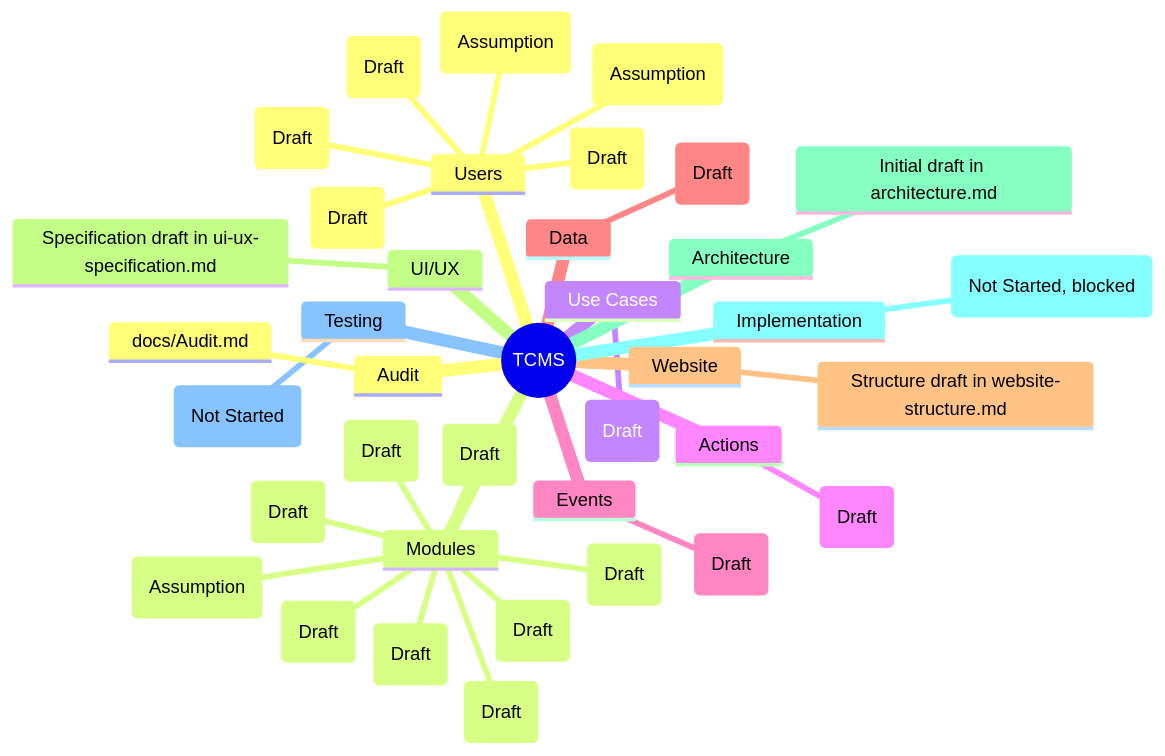
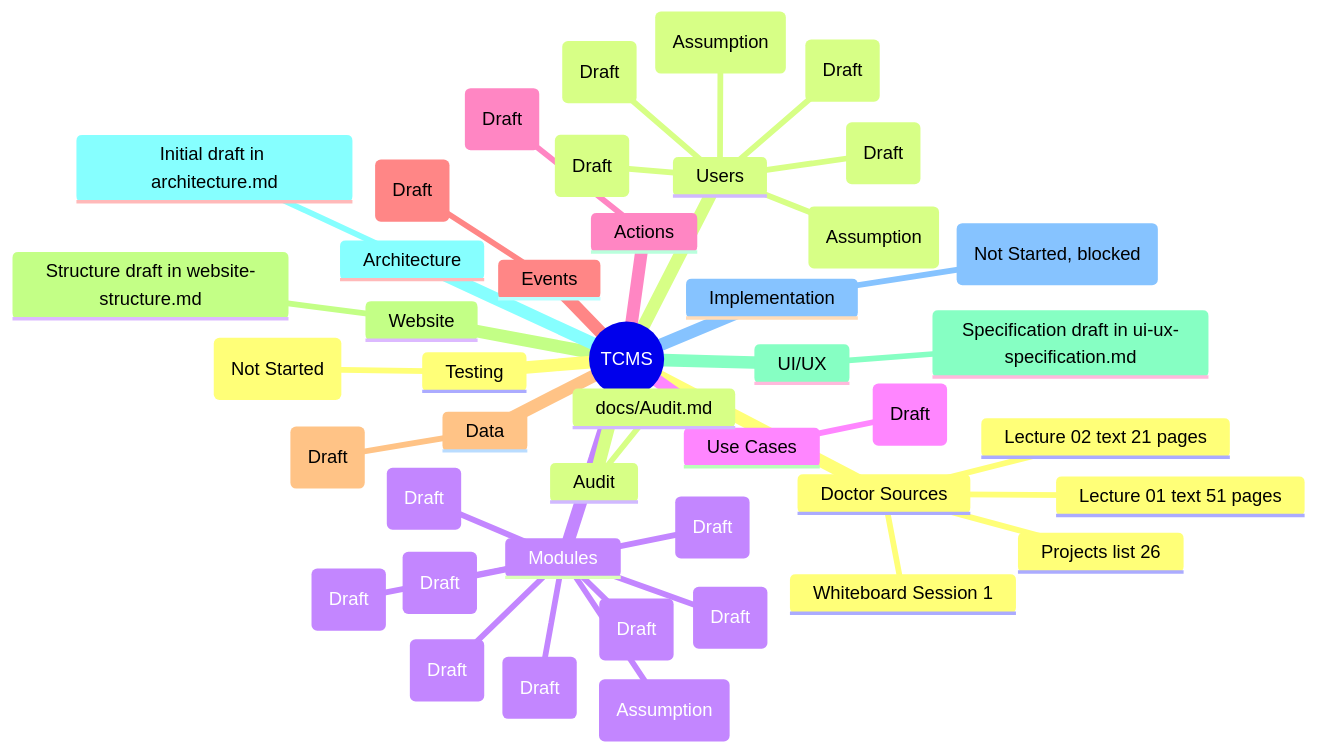
One commit to AimanSoft/Telecome-Mangment-System changed the diagram in docs/mindmap.md. Above: the diagram before and after it, drawn with Mermaid. The commit also changed other lines of this file and 8 other files, not shown here.

````diff
--- a/docs/mindmap.md
+++ b/docs/mindmap.md
@@ -11,41 +11,46 @@
 ```mermaid
 mindmap
   root((TCMS))
+    Doctor Sources
+      Lecture 01 text 51 pages
+      Lecture 02 text 21 pages
+      Projects list 26
+      Whiteboard Session 1
     Users
       Administrator (Draft)
       Customer Service (Draft)
       Billing / Finance (Draft)
       Sales (Draft)
       Subscriber (Assumption)
       Technician / Field (Assumption)
     Modules
       Subscriber Management (Draft)
       Packages / Offers (Draft)
       Billing & Invoicing (Draft)
       Payments (Draft)
       Complaints & Support (Draft)
       Sales / Orders (Draft)
       Inventory SIM & Devices (Assumption)
       Reporting & Dashboards (Draft)
       Administration & Roles (Draft)
     Use Cases
       Initial set in use-case-scenario.md (Draft)
     Actions
       Per use case in use-case-action.md (Draft)
     Events
       Flow of event in flow-of-event.md (Draft)
     Data
       Entities in data-flow.md (Draft)
     Website
       Structure draft in website-structure.md
     UI/UX
       Specification draft in ui-ux-specification.md
     Architecture
       Initial draft in architecture.md
     Implementation
       Phase 6 (Not Started, blocked)
     Testing
       Phase 7 (Not Started)
     Audit
       docs/Audit.md
 ```
````
